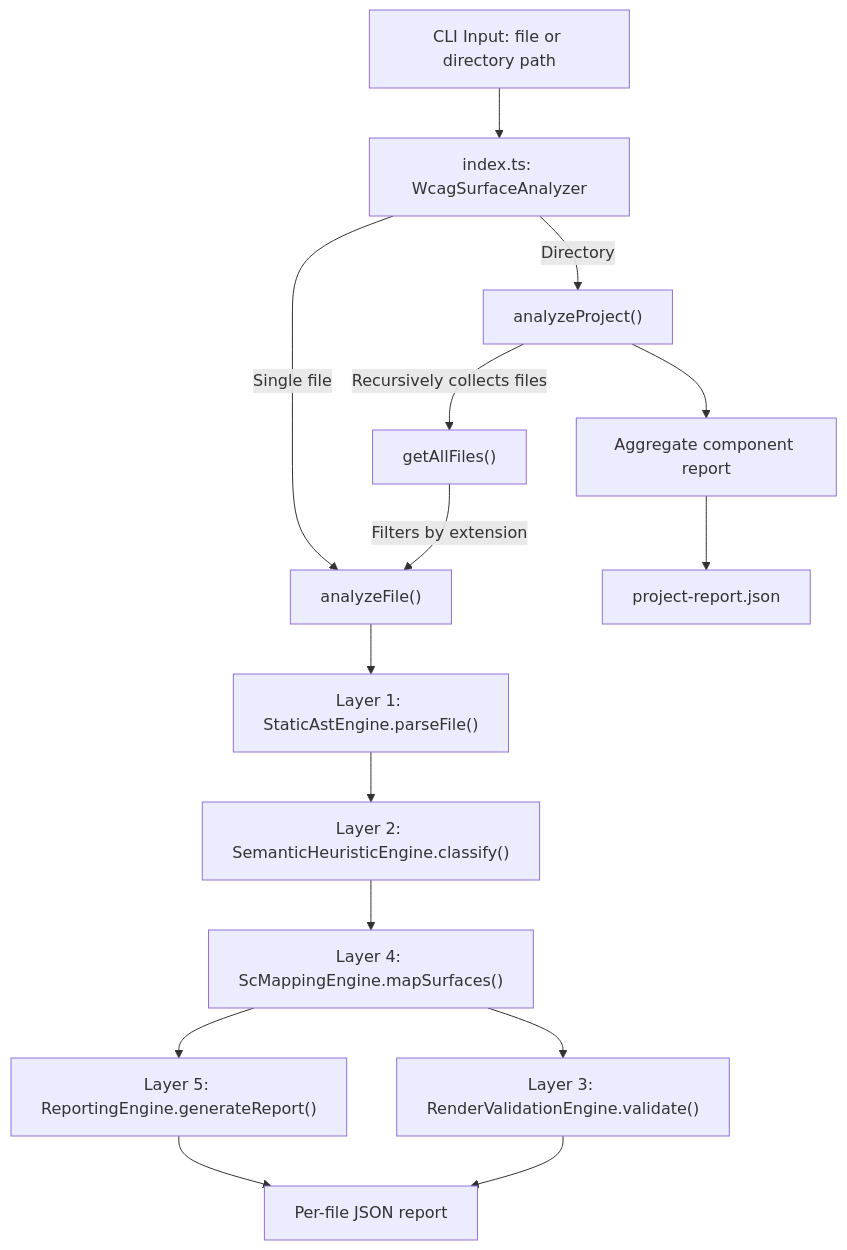
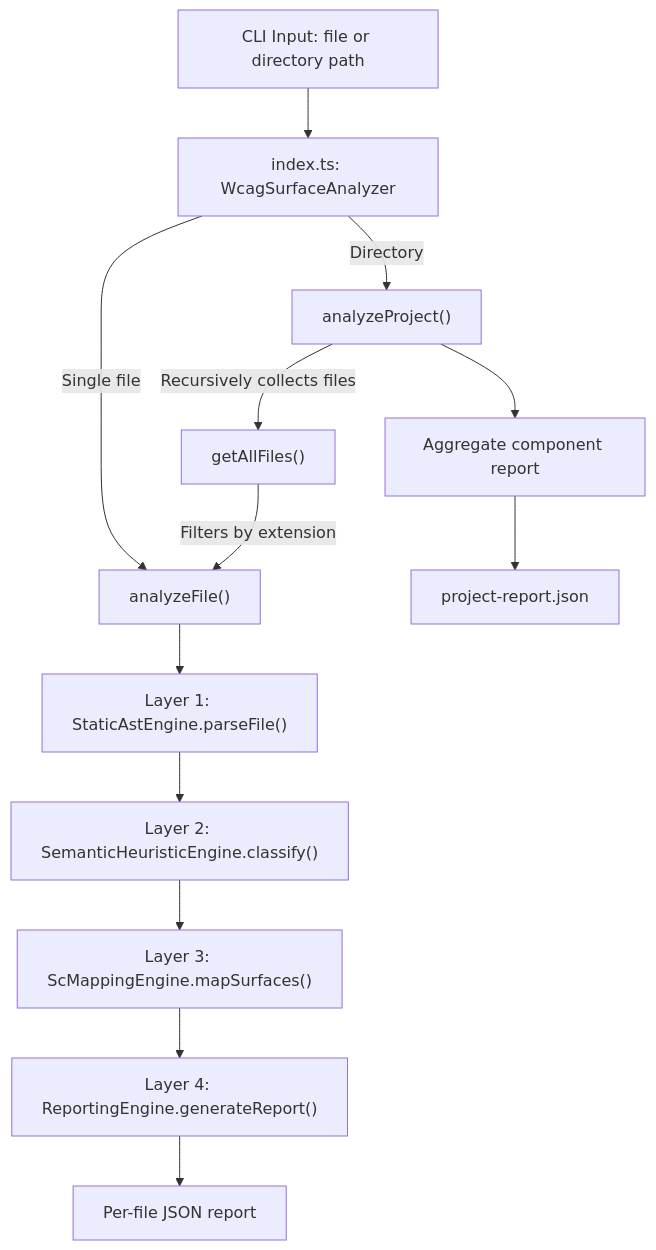
The diagram in wcag-surface-mapper/workflow.md (rachitchandak/helper-codes), drawn with Mermaid before and after one commit. The commit also changed other lines of this file and 69 other files, not shown here.

````diff
--- a/wcag-surface-mapper/workflow.md
+++ b/wcag-surface-mapper/workflow.md
@@ -34,17 +32,15 @@
 ```mermaid
 flowchart TD
     A["CLI Input: file or directory path"] --> B["index.ts: WcagSurfaceAnalyzer"]
     B -->|"Single file"| C["analyzeFile()"]
     B -->|"Directory"| D["analyzeProject()"]
     D -->|"Recursively collects files"| E["getAllFiles()"]
     E -->|"Filters by extension"| C
     C --> L1["Layer 1: StaticAstEngine.parseFile()"]
     L1 --> L2["Layer 2: SemanticHeuristicEngine.classify()"]
-    L2 --> L4["Layer 4: ScMappingEngine.mapSurfaces()"]
-    L4 --> L5["Layer 5: ReportingEngine.generateReport()"]
-    L4 --> L3["Layer 3: RenderValidationEngine.validate()"]
-    L5 --> OUT1["Per-file JSON report"]
-    L3 --> OUT1
+    L2 --> L3["Layer 3: ScMappingEngine.mapSurfaces()"]
+    L3 --> L4["Layer 4: ReportingEngine.generateReport()"]
+    L4 --> OUT1["Per-file JSON report"]
     D --> AGG["Aggregate component report"]
     AGG --> OUT2["project-report.json"]
 ```
````
